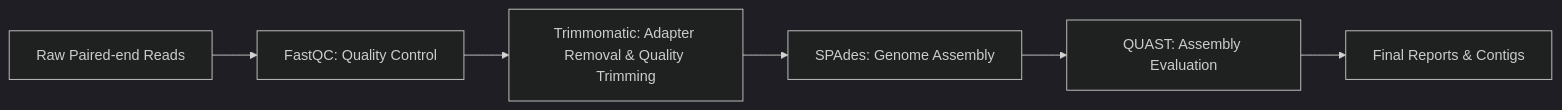
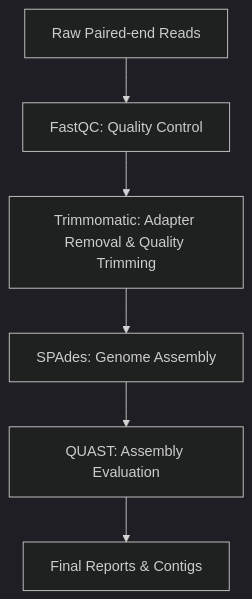
The diagram in bash-genome-assembly-pipeline/README.md (sergiodealencar/bioinformatics-engineering-portfolio), drawn with Mermaid (dark theme) before and after one commit.

````diff
--- a/bash-genome-assembly-pipeline/README.md
+++ b/bash-genome-assembly-pipeline/README.md
@@ -11,8 +11,8 @@
 ```mermaid
-flowchart LR
+flowchart TB
     A[Raw Paired-end Reads] --> B[FastQC: Quality Control]
     B --> C[Trimmomatic: Adapter Removal & Quality Trimming]
     C --> D[SPAdes: Genome Assembly]
     D --> E[QUAST: Assembly Evaluation]
     E --> F[Final Reports & Contigs]
 ```
````
